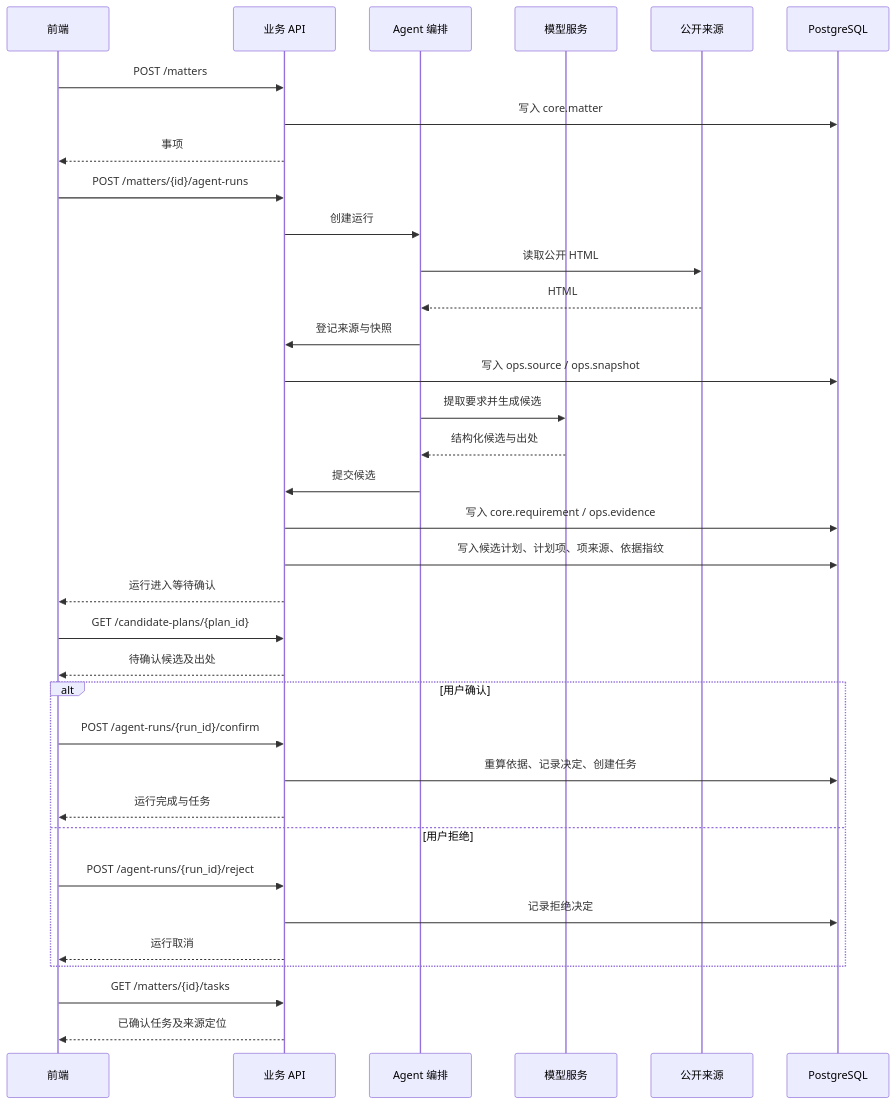
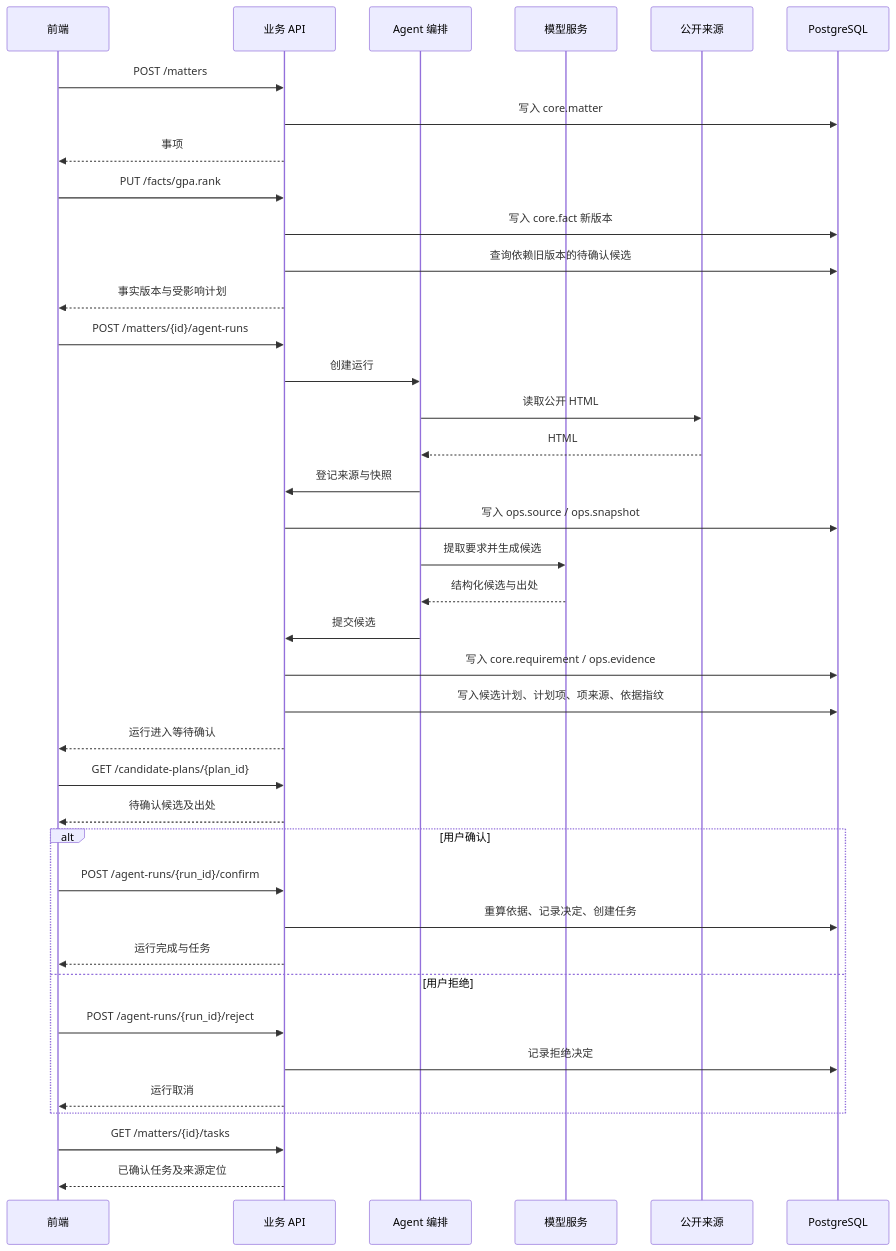
One commit to LotteryCamp/OfferPilot changed the diagram in docs/backend/api.md. Above: the diagram before and after it, drawn with Mermaid. The commit also changed other lines of this file and 28 other files, not shown here.

````diff
--- a/docs/backend/api.md
+++ b/docs/backend/api.md
@@ -96,42 +99,47 @@
 ```mermaid
 sequenceDiagram
     participant Client as 前端
     participant API as 业务 API
     participant Agent as Agent 编排
     participant Model as 模型服务
     participant Web as 公开来源
     participant DB as PostgreSQL
 
     Client->>API: POST /matters
     API->>DB: 写入 core.matter
     API-->>Client: 事项
+
+    Client->>API: PUT /facts/gpa.rank
+    API->>DB: 写入 core.fact 新版本
+    API->>DB: 查询依赖旧版本的待确认候选
+    API-->>Client: 事实版本与受影响计划
 
     Client->>API: POST /matters/{id}/agent-runs
     API->>Agent: 创建运行
     Agent->>Web: 读取公开 HTML
     Web-->>Agent: HTML
     Agent->>API: 登记来源与快照
     API->>DB: 写入 ops.source / ops.snapshot
     Agent->>Model: 提取要求并生成候选
     Model-->>Agent: 结构化候选与出处
     Agent->>API: 提交候选
     API->>DB: 写入 core.requirement / ops.evidence
     API->>DB: 写入候选计划、计划项、项来源、依据指纹
     API-->>Client: 运行进入等待确认
 
     Client->>API: GET /candidate-plans/{plan_id}
     API-->>Client: 待确认候选及出处
 
     alt 用户确认
         Client->>API: POST /agent-runs/{run_id}/confirm
         API->>DB: 重算依据、记录决定、创建任务
         API-->>Client: 运行完成与任务
     else 用户拒绝
         Client->>API: POST /agent-runs/{run_id}/reject
         API->>DB: 记录拒绝决定
         API-->>Client: 运行取消
     end
 
     Client->>API: GET /matters/{id}/tasks
     API-->>Client: 已确认任务及来源定位
 ```
````
